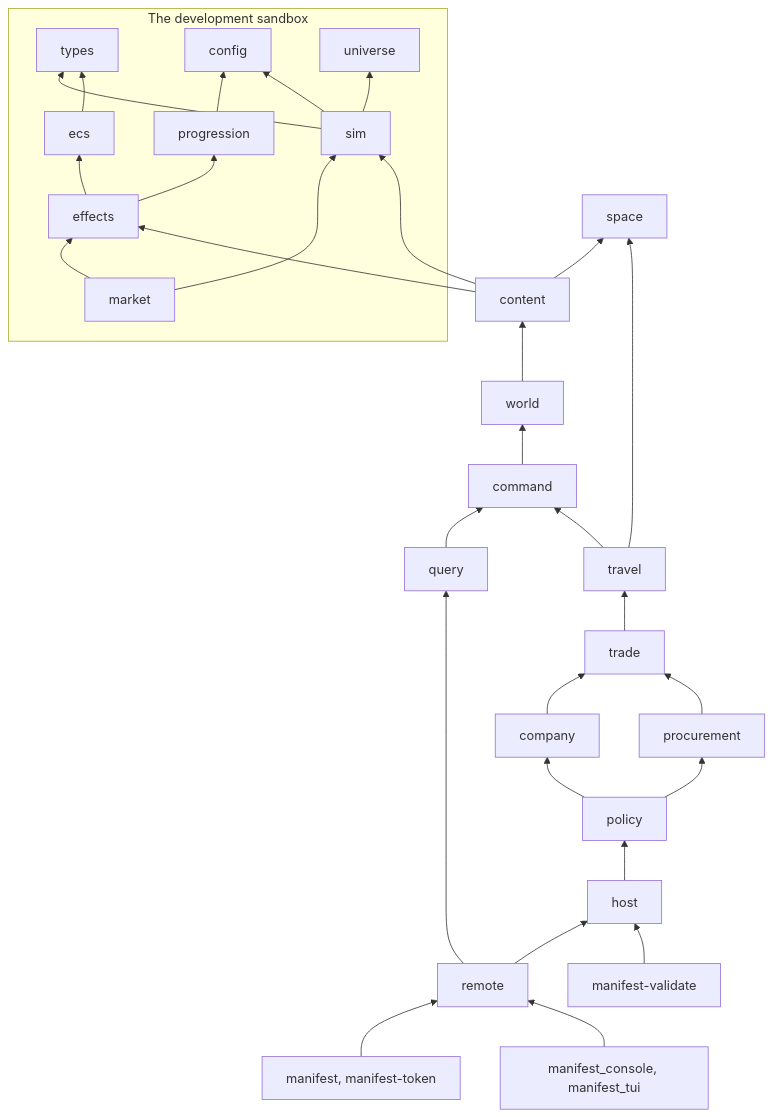
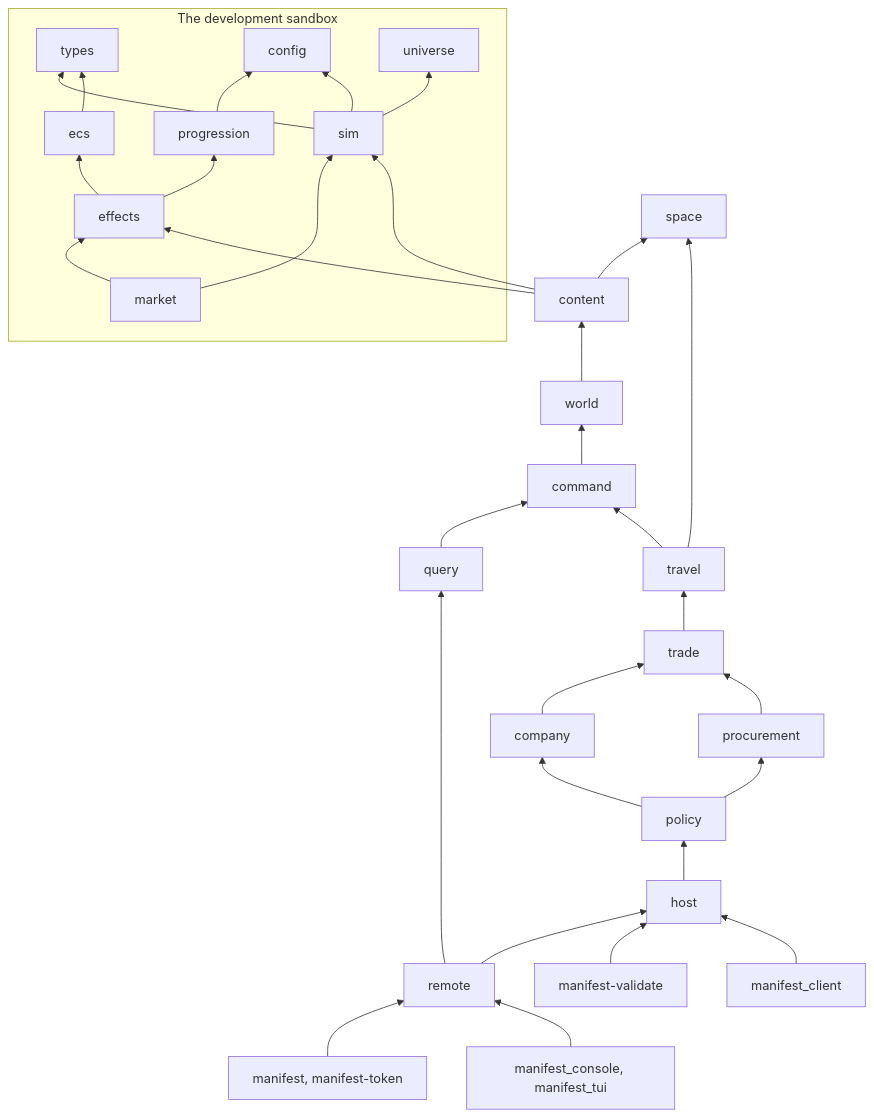
One commit to ivanhawkes/manifest changed the diagram in docs/architecture.md. Above: the diagram before and after it, drawn with Mermaid. The commit also changed other lines of this file and 13 other files, not shown here.

First line of the commit message:
Client: manifest_client, Manifest's game started by Jettison's shell through its session

````diff
--- a/docs/architecture.md
+++ b/docs/architecture.md
@@ -58,35 +59,36 @@
 ```mermaid
 flowchart BT
     subgraph sandbox["The development sandbox"]
         types; config; universe
         progression --> config
         sim --> types
         sim --> config
         sim --> universe
         ecs --> types
         effects --> progression
         effects --> ecs
         market --> effects
         market --> sim
     end
     space
     content --> sim
     content --> effects
     content --> space
     world --> content
     command --> world
     query --> command
     travel --> command
     travel --> space
     trade --> travel
     company --> trade
     procurement --> trade
     policy --> company
     policy --> procurement
     host --> policy
     remote --> query
     remote --> host
     manifest["manifest, manifest-token"] --> remote
     validate["manifest-validate"] --> host
     console["manifest_console, manifest_tui"] --> remote
+    client["manifest_client"] --> host
 ```
````
